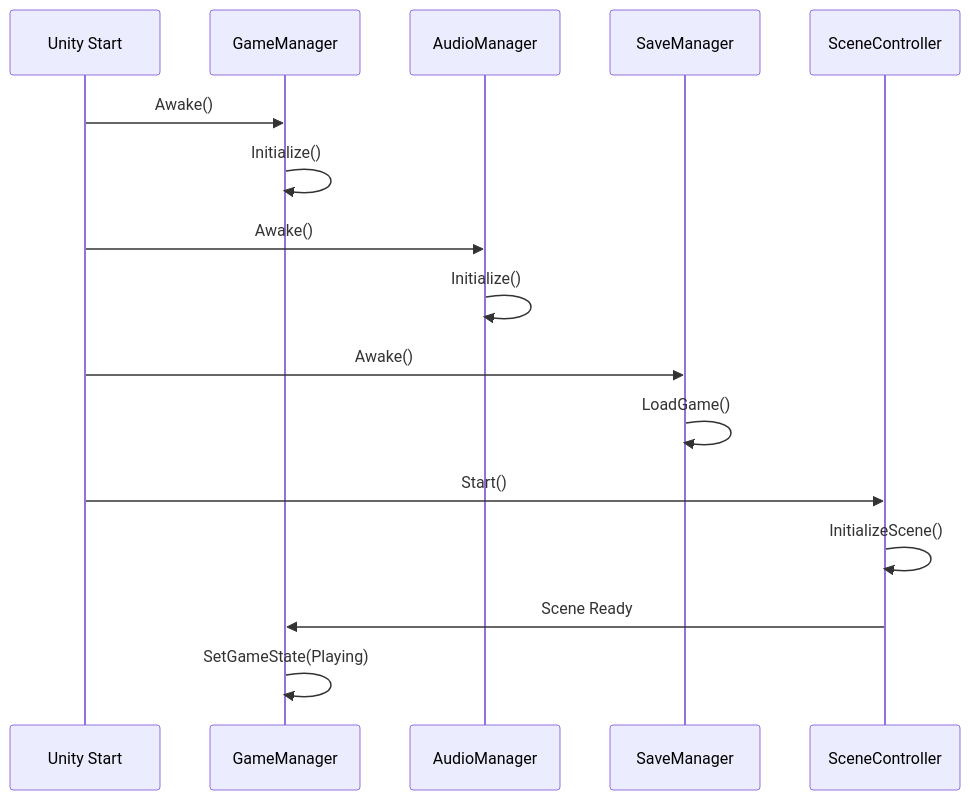
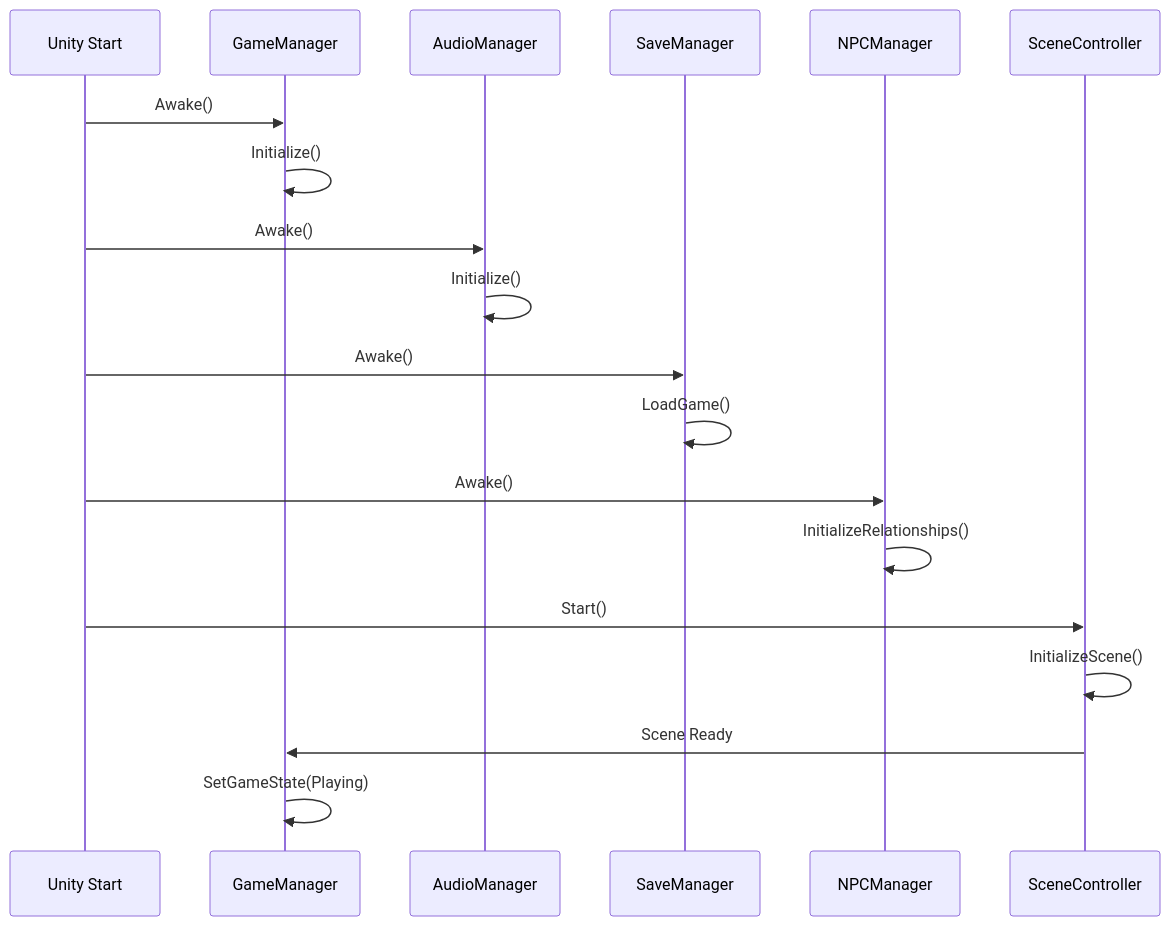
The diagram in game/theslimeking/Assets/Docs/Architecture/Managers-Design-Document.md (t-barz/slimeking), drawn with Mermaid before and after one commit. The commit also changed other lines of this file and 74 other files, not shown here.

````diff
--- a/game/theslimeking/Assets/Docs/Architecture/Managers-Design-Document.md
+++ b/game/theslimeking/Assets/Docs/Architecture/Managers-Design-Document.md
@@ -403,23 +493,27 @@
 ```mermaid
 sequenceDiagram
     participant Unity as Unity Start
     participant GM as GameManager
     participant AM as AudioManager
     participant SM as SaveManager
+    participant NRM as NPCManager
     participant SC as SceneController
     
     Unity->>GM: Awake()
     GM->>GM: Initialize()
     
     Unity->>AM: Awake()
     AM->>AM: Initialize()
     
     Unity->>SM: Awake()
     SM->>SM: LoadGame()
     
+    Unity->>NRM: Awake()
+    NRM->>NRM: InitializeRelationships()
+    
     Unity->>SC: Start()
     SC->>SC: InitializeScene()
     SC->>GM: Scene Ready
     
     GM->>GM: SetGameState(Playing)
 ```
````
